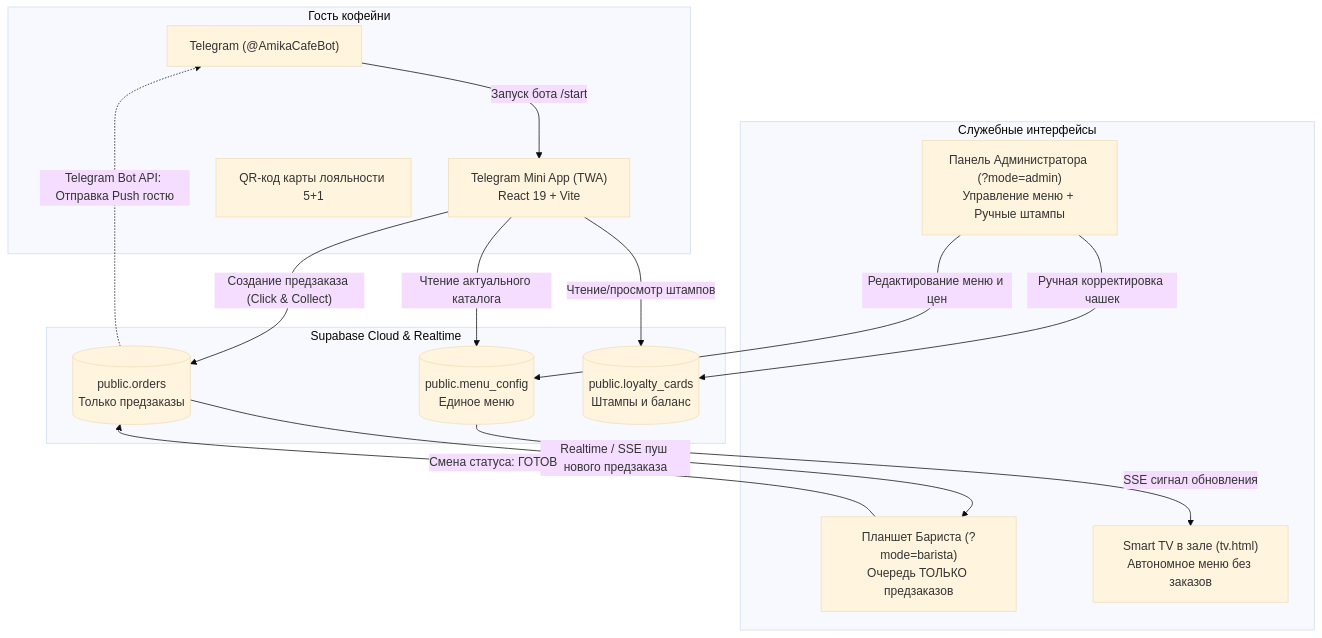
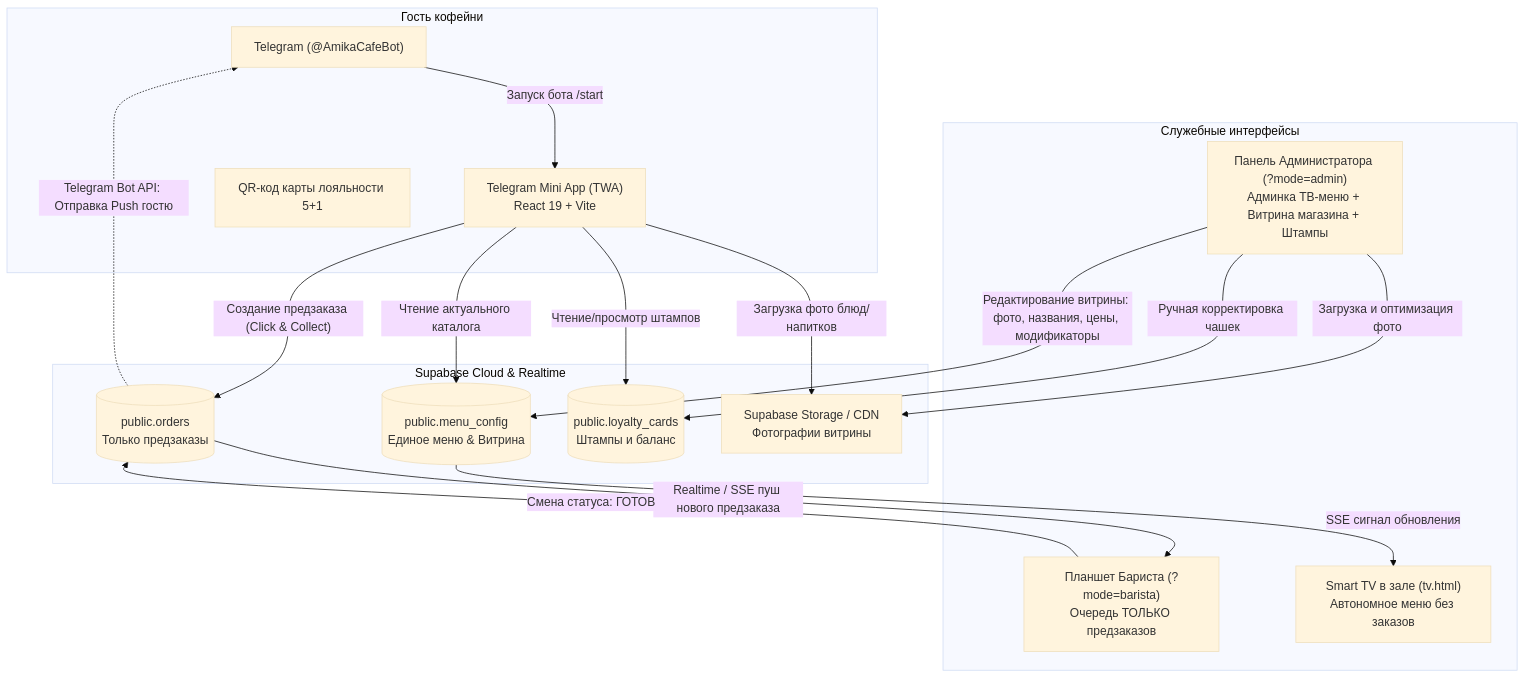
The diagram in conductor/prd.md (jeneaa81/amika-cafe), drawn with Mermaid (base theme) before and after one commit. The commit also changed other lines of this file and 3 other files, not shown here.

````diff
--- a/conductor/prd.md
+++ b/conductor/prd.md
@@ -105,33 +105,36 @@
 ```mermaid
 flowchart TD
     subgraph Guest["Гость кофейни"]
         TG["Telegram (@AmikaCafeBot)"]
         TWA["Telegram Mini App (TWA)\nReact 19 + Vite"]
         Card["QR-код карты лояльности 5+1"]
     end
 
     subgraph Cloud["Supabase Cloud & Realtime"]
-        DB_Menu[("public.menu_config\nЕдиное меню")]
+        DB_Menu[("public.menu_config\nЕдиное меню & Витрина")]
         DB_Orders[("public.orders\nТолько предзаказы")]
         DB_Loyalty[("public.loyalty_cards\nШтампы и баланс")]
+        Storage["Supabase Storage / CDN\nФотографии витрины"]
     end
 
     subgraph Staff["Служебные интерфейсы"]
         Barista["Планшет Бариста (?mode=barista)\nОчередь ТОЛЬКО предзаказов"]
-        Admin["Панель Администратора (?mode=admin)\nУправление меню + Ручные штампы"]
+        Admin["Панель Администратора (?mode=admin)\nАдминка ТВ-меню + Витрина магазина + Штампы"]
         TV["Smart TV в зале (tv.html)\nАвтономное меню без заказов"]
     end
 
     TG -->|"Запуск бота /start"| TWA
     TWA -->|"Чтение актуального каталога"| DB_Menu
+    TWA -->|"Загрузка фото блюд/напитков"| Storage
     TWA -->|"Создание предзаказа (Click & Collect)"| DB_Orders
     TWA -->|"Чтение/просмотр штампов"| DB_Loyalty
 
     DB_Orders -->|"Realtime / SSE пуш нового предзаказа"| Barista
     Barista -->|"Смена статуса: ГОТОВ"| DB_Orders
     DB_Orders -.->|"Telegram Bot API: Отправка Push гостю"| TG
 
-    Admin -->|"Редактирование меню и цен"| DB_Menu
+    Admin -->|"Редактирование витрины: фото, названия, цены, модификаторы"| DB_Menu
+    Admin -->|"Загрузка и оптимизация фото"| Storage
     Admin -->|"Ручная корректировка чашек"| DB_Loyalty
     DB_Menu -->|"SSE сигнал обновления"| TV
 ```
````
